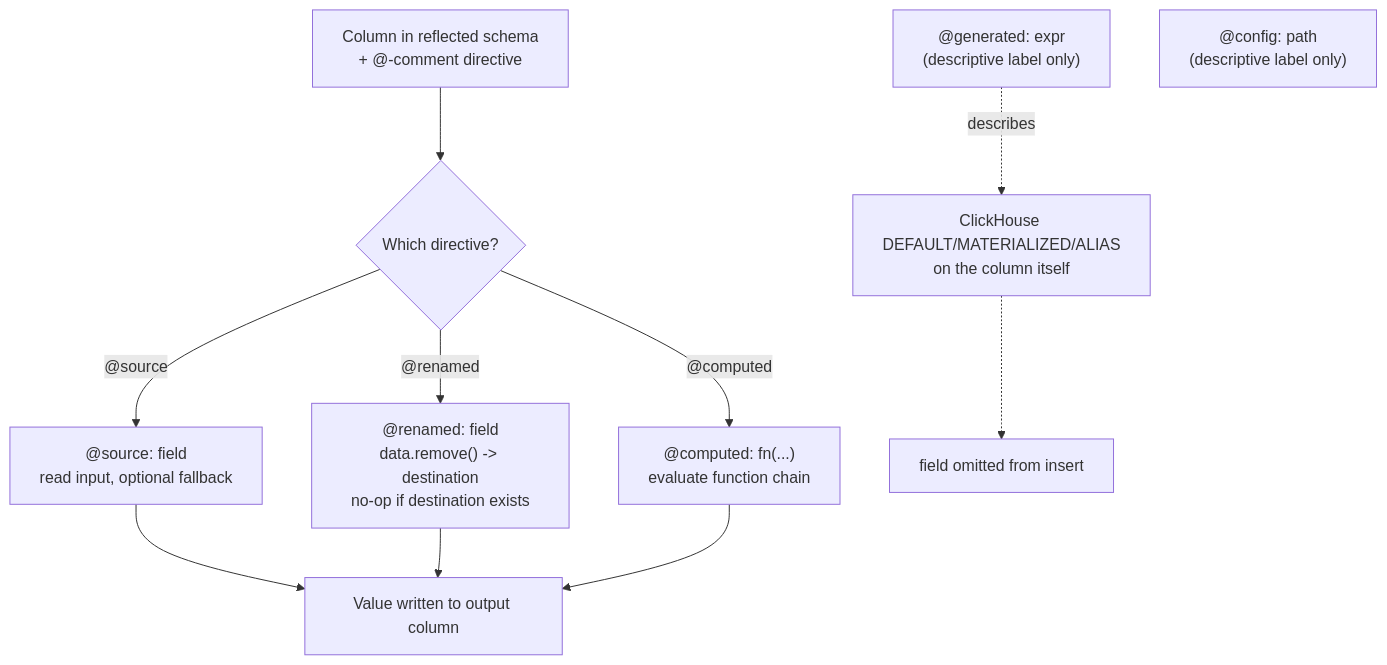
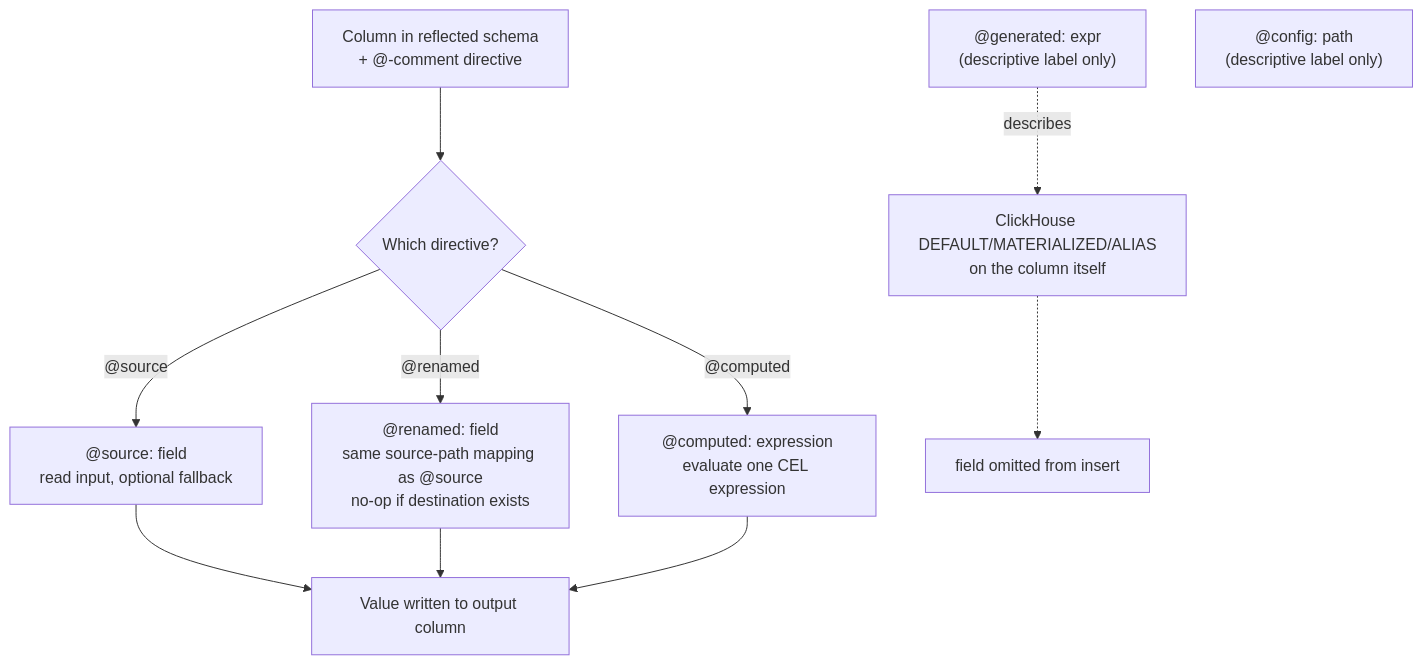
Before and after one commit to hyperi-io/dfe-loader: the diagram in docs/clickhouse/ddl-directives.md, drawn with Mermaid. The commit also changed other lines of this file and 6 other files, not shown here.

````diff
--- a/docs/clickhouse/ddl-directives.md
+++ b/docs/clickhouse/ddl-directives.md
@@ -41,22 +40,22 @@
 ```mermaid
 flowchart TB
     COL["Column in reflected schema<br/>+ @-comment directive"]
     K{"Which directive?"}
     SRC["@source: field<br/>read input, optional fallback"]
-    REN["@renamed: field<br/>data.remove() -> destination<br/>no-op if destination exists"]
-    CMP["@computed: fn(...)<br/>evaluate function chain"]
+    REN["@renamed: field<br/>same source-path mapping as @source<br/>no-op if destination exists"]
+    CMP["@computed: expression<br/>evaluate one CEL expression"]
     OUT["Value written to output column"]
     GEN["@generated: expr<br/>(descriptive label only)"]
     CFG["@config: path<br/>(descriptive label only)"]
     DEF["ClickHouse DEFAULT/MATERIALIZED/ALIAS<br/>on the column itself"]
 
     COL --> K
     K -->|"@source"| SRC
     K -->|"@renamed"| REN
     K -->|"@computed"| CMP
     SRC --> OUT
     REN --> OUT
     CMP --> OUT
     GEN -. describes .-> DEF
     DEF -.-> SKIP["field omitted from insert"]
 ```
````
